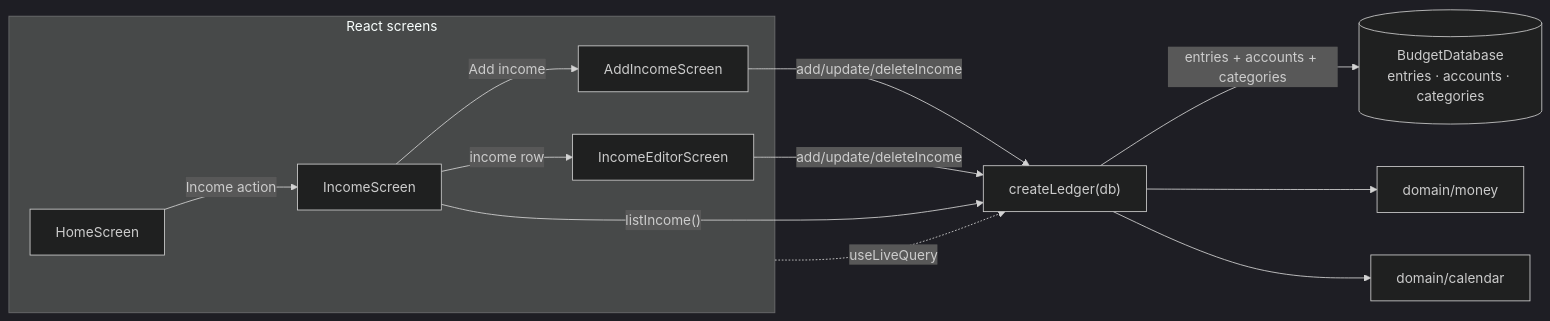
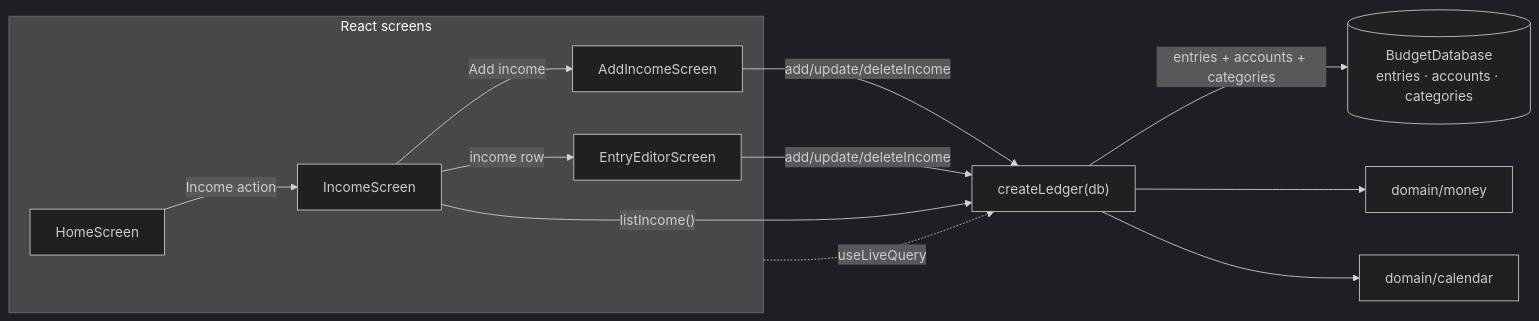
The diagram in docs/architecture/slices/slice-07-architecture.md (jj-kouakou/budget), drawn with Mermaid (dark theme) before and after one commit. The commit also changed other lines of this file and 41 other files, not shown here.

First line of the commit message:
architecture: one entry write path, one editor, one route scheme

````diff
--- a/docs/architecture/slices/slice-07-architecture.md
+++ b/docs/architecture/slices/slice-07-architecture.md
@@ -172,18 +172,18 @@
 ```mermaid
 flowchart LR
   subgraph UI["React screens"]
     Home["HomeScreen"]
     Income["IncomeScreen"]
     AddIncome["AddIncomeScreen"]
-    EditIncome["IncomeEditorScreen"]
+    EditIncome["EntryEditorScreen"]
   end
   Home -->|"Income action"| Income
   Income -->|"Add income"| AddIncome
   Income -->|"income row"| EditIncome
   AddIncome & EditIncome -->|"add/update/deleteIncome"| L["createLedger(db)"]
   Income -->|"listIncome()"| L
   L -->|"entries + accounts + categories"| DB[("BudgetDatabase\nentries · accounts · categories")]
   L --> Money["domain/money"]
   L --> Calendar["domain/calendar"]
   UI -. "useLiveQuery" .-> L
 ```
````
